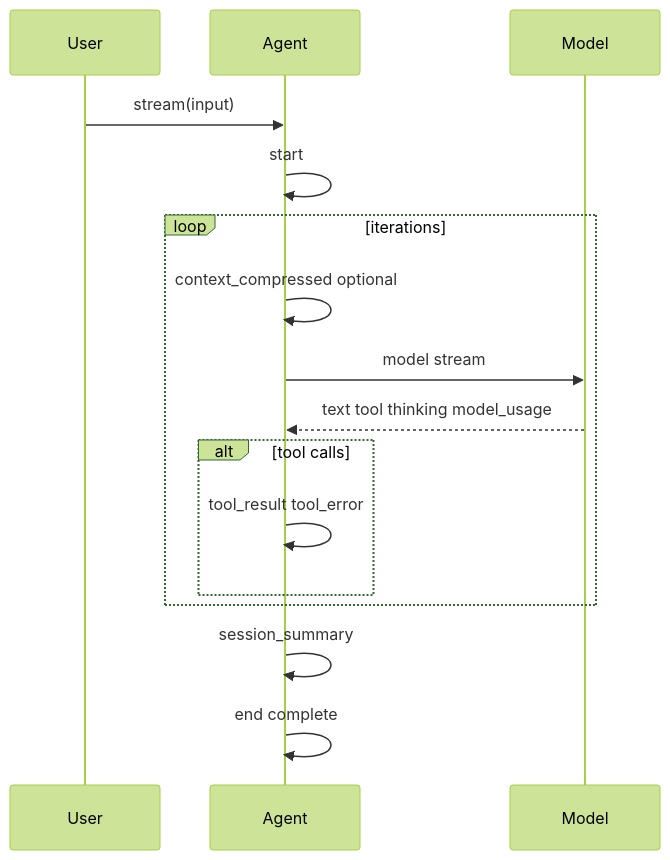
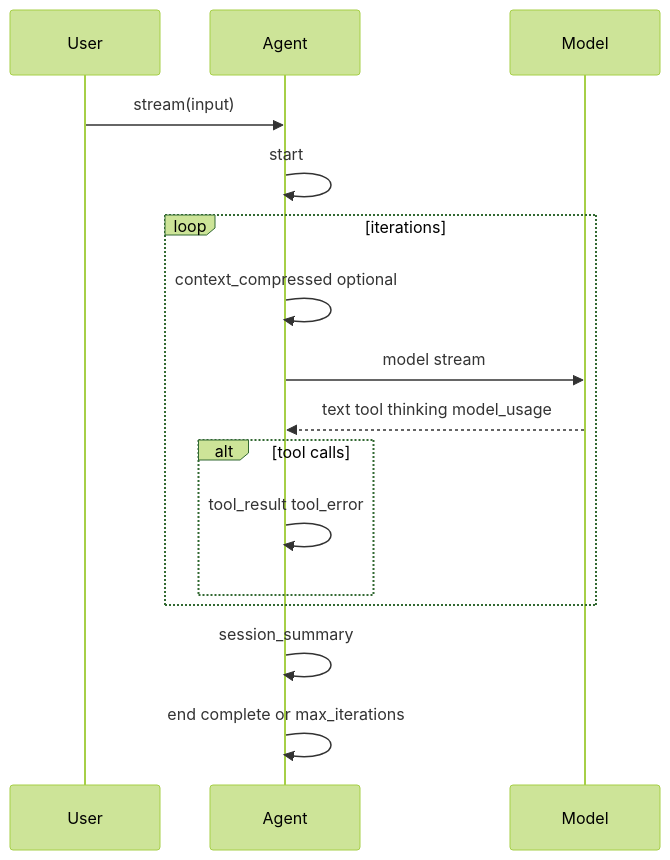
One commit to ddlqhd/agent-sdk changed the diagram in docs/sdk-types-reference.md. Above: the diagram before and after it, drawn with Mermaid (forest theme). The commit also changed other lines of this file and 8 other files, not shown here.

First line of the commit message:
feat(agent): max_iterations end reason and default 400 tool rounds

````diff
--- a/docs/sdk-types-reference.md
+++ b/docs/sdk-types-reference.md
@@ -505,18 +505,18 @@
 ```mermaid
 sequenceDiagram
   participant U as User
   participant A as Agent
   participant M as Model
   U->>A: stream(input)
   A->>A: start
   loop iterations
     A->>A: context_compressed optional
     A->>M: model stream
     M-->>A: text tool thinking model_usage
     alt tool calls
       A->>A: tool_result tool_error
     end
   end
   A->>A: session_summary
-  A->>A: end complete
+  A->>A: end complete or max_iterations
 ```
````
